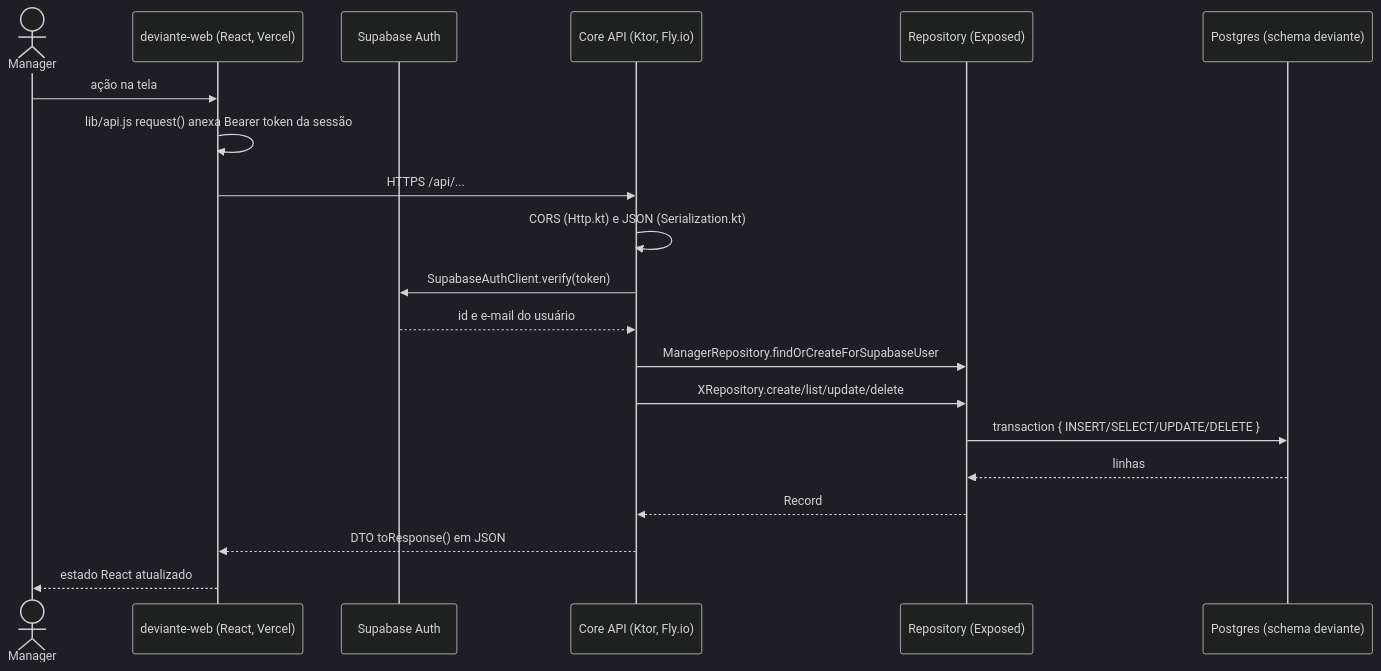
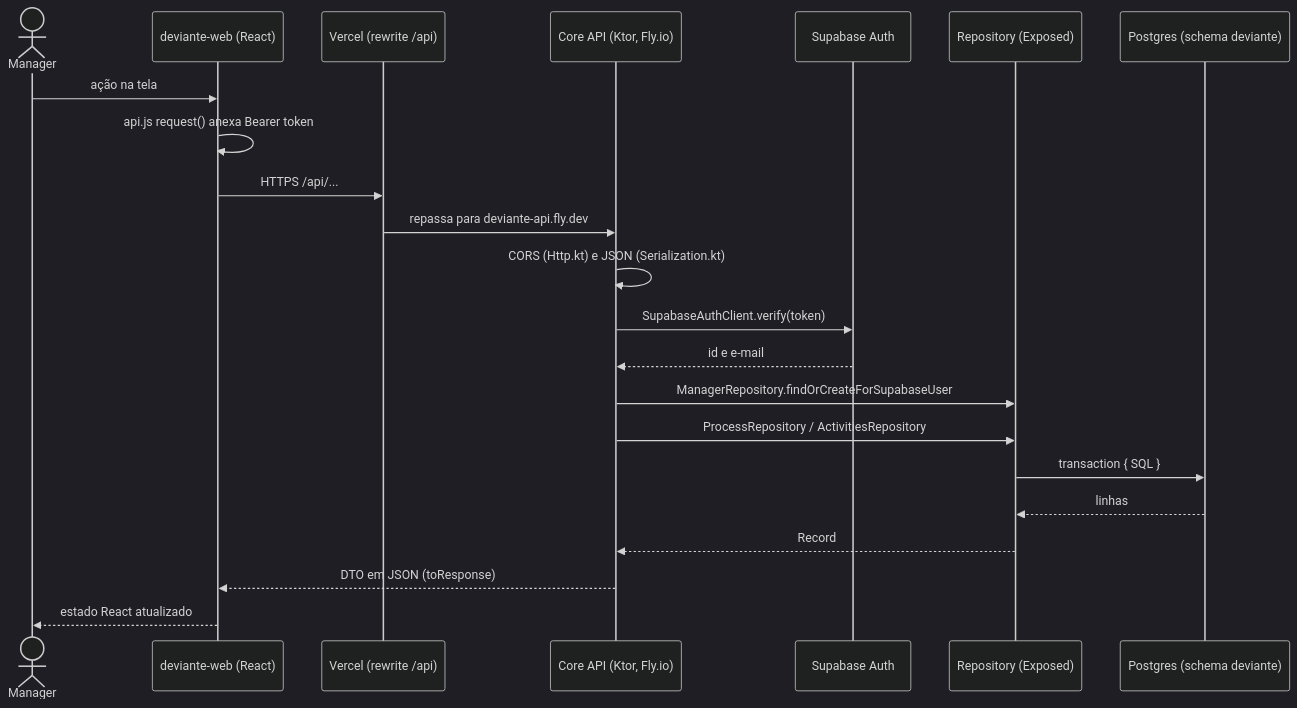
Before and after one commit to aland3r/deviante-docs: the diagram in Desenvolvimento Orientado a Reuso/defesa/roteiro-alander.md, drawn with Mermaid (dark theme). The commit also changed other lines of this file and 2 other files, not shown here.

````diff
--- a/Desenvolvimento Orientado a Reuso/defesa/roteiro-alander.md
+++ b/Desenvolvimento Orientado a Reuso/defesa/roteiro-alander.md
@@ -9,22 +33,24 @@
 ```mermaid
 sequenceDiagram
     actor M as Manager
-    participant W as deviante-web (React, Vercel)
+    participant W as deviante-web (React)
+    participant V as Vercel (rewrite /api)
+    participant C as Core API (Ktor, Fly.io)
     participant A as Supabase Auth
-    participant C as Core API (Ktor, Fly.io)
     participant R as Repository (Exposed)
     participant DB as Postgres (schema deviante)
     M->>W: ação na tela
-    W->>W: lib/api.js request() anexa Bearer token da sessão
-    W->>C: HTTPS /api/...
+    W->>W: api.js request() anexa Bearer token
+    W->>V: HTTPS /api/...
+    V->>C: repassa para deviante-api.fly.dev
     C->>C: CORS (Http.kt) e JSON (Serialization.kt)
     C->>A: SupabaseAuthClient.verify(token)
-    A-->>C: id e e-mail do usuário
+    A-->>C: id e e-mail
     C->>R: ManagerRepository.findOrCreateForSupabaseUser
-    C->>R: XRepository.create/list/update/delete
-    R->>DB: transaction { INSERT/SELECT/UPDATE/DELETE }
+    C->>R: ProcessRepository / ActivitiesRepository
+    R->>DB: transaction { SQL }
     DB-->>R: linhas
     R-->>C: Record
-    C-->>W: DTO toResponse() em JSON
+    C-->>W: DTO em JSON (toResponse)
     W-->>M: estado React atualizado
 ```
````
